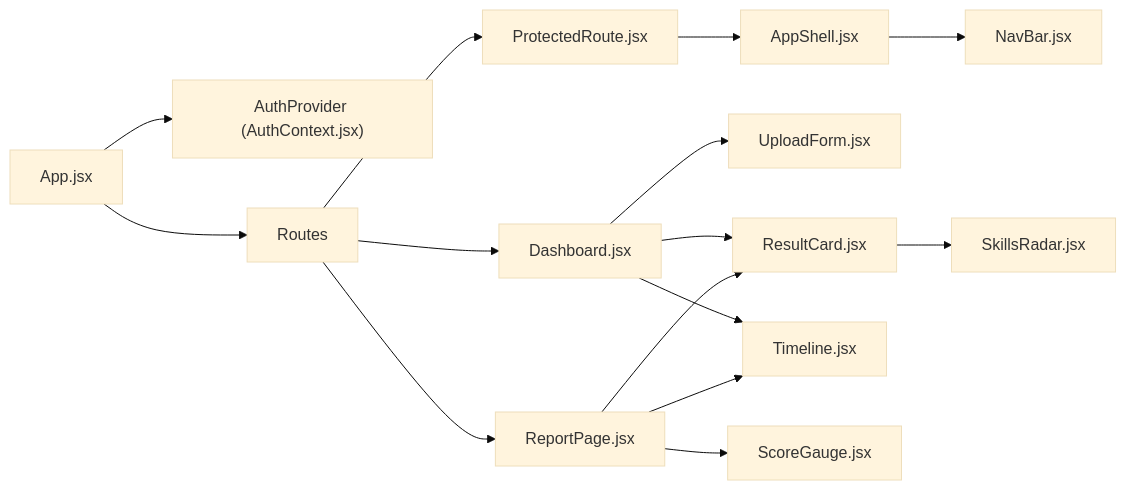
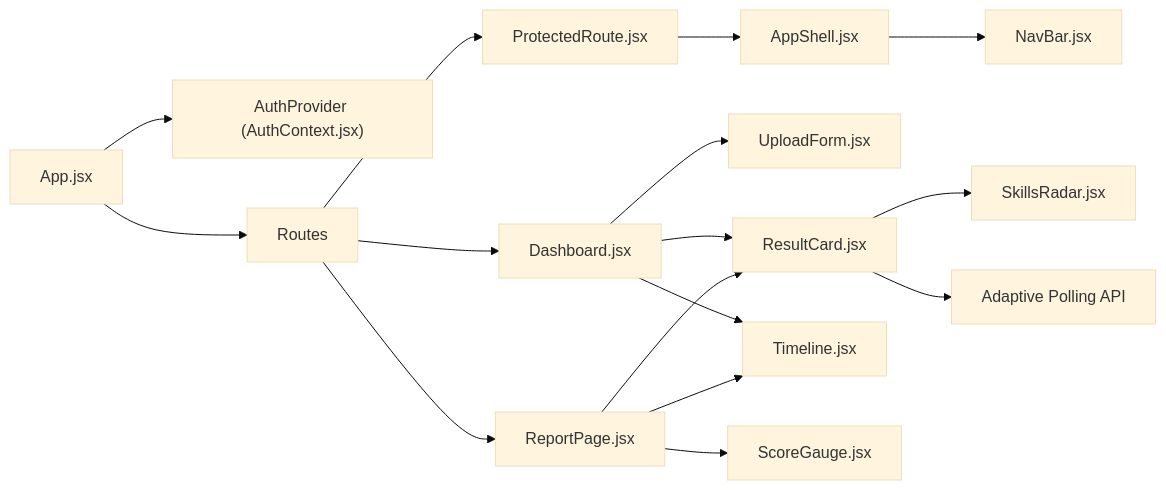
The fifth of 5 diagrams in .qoder/repowiki/en/content/Frontend Architecture/Component Library.md (Revanththetalogics/aireume), drawn with Mermaid (base theme) before and after one commit. The commit also changed other lines of this file and 15 other files, not shown here.

````diff
--- a/.qoder/repowiki/en/content/Frontend Architecture/Component Library.md
+++ b/.qoder/repowiki/en/content/Frontend Architecture/Component Library.md
@@ -344,17 +366,18 @@
 ```mermaid
 graph LR
 App["App.jsx"] --> Auth["AuthProvider (AuthContext.jsx)"]
 App --> Routes["Routes"]
 Routes --> Protected["ProtectedRoute.jsx"]
 Protected --> Shell["AppShell.jsx"]
 Shell --> Nav["NavBar.jsx"]
 Routes --> Dash["Dashboard.jsx"]
 Routes --> Report["ReportPage.jsx"]
 Dash --> Upload["UploadForm.jsx"]
 Dash --> Result["ResultCard.jsx"]
 Report --> Result
 Result --> Radar["SkillsRadar.jsx"]
 Dash --> Time["Timeline.jsx"]
 Report --> Time
 Report --> Gauge["ScoreGauge.jsx"]
+Result --> Polling["Adaptive Polling API"]
 ```
````
